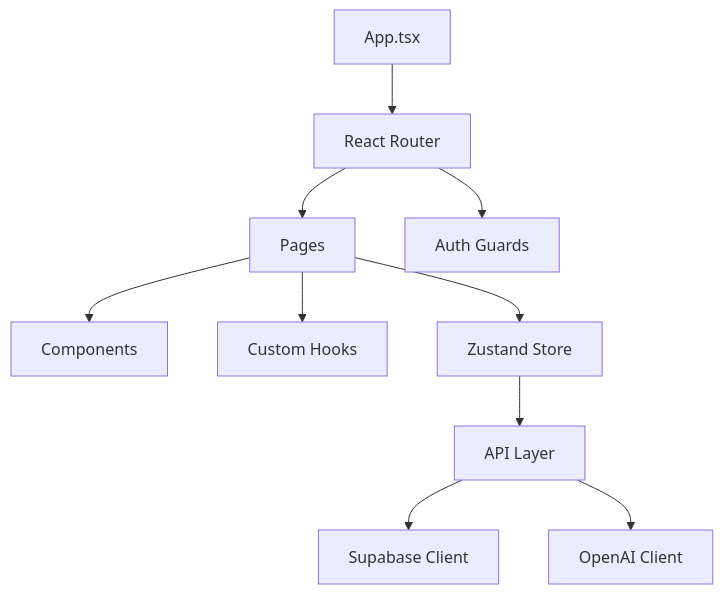
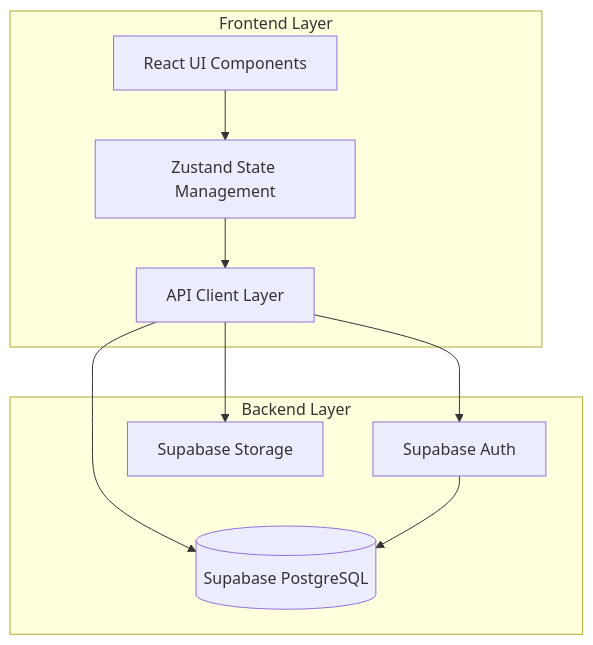
Before and after one commit to huyqduong/faceyoga-progress-tracker-app: the first of 13 diagrams in docs/ARCHITECTURE.md, drawn with Mermaid. The commit also changed other lines of this file, not shown here.

Commit message:
updated architecture doc

````diff
--- a/docs/ARCHITECTURE.md
+++ b/docs/ARCHITECTURE.md
@@ -9,14 +7,21 @@
 ```mermaid
-graph TD
-    App[App.tsx] --> Router[React Router]
-    Router --> Pages[Pages]
-    Router --> Guards[Auth Guards]
-    
-    Pages --> Components[Components]
-    Pages --> Hooks[Custom Hooks]
-    Pages --> Store[Zustand Store]
-    
-    Store --> API[API Layer]
-    API --> Supabase[Supabase Client]
-    API --> OpenAI[OpenAI Client]
+graph TB
+    subgraph "Frontend Layer"
+        UI[React UI Components]
+        State[Zustand State Management]
+        API[API Client Layer]
+    end
+
+    subgraph "Backend Layer"
+        Auth[Supabase Auth]
+        DB[(Supabase PostgreSQL)]
+        Storage[Supabase Storage]
+    end
+
+    UI --> State
+    State --> API
+    API --> Auth
+    API --> DB
+    API --> Storage
+    Auth --> DB
 ```
````
